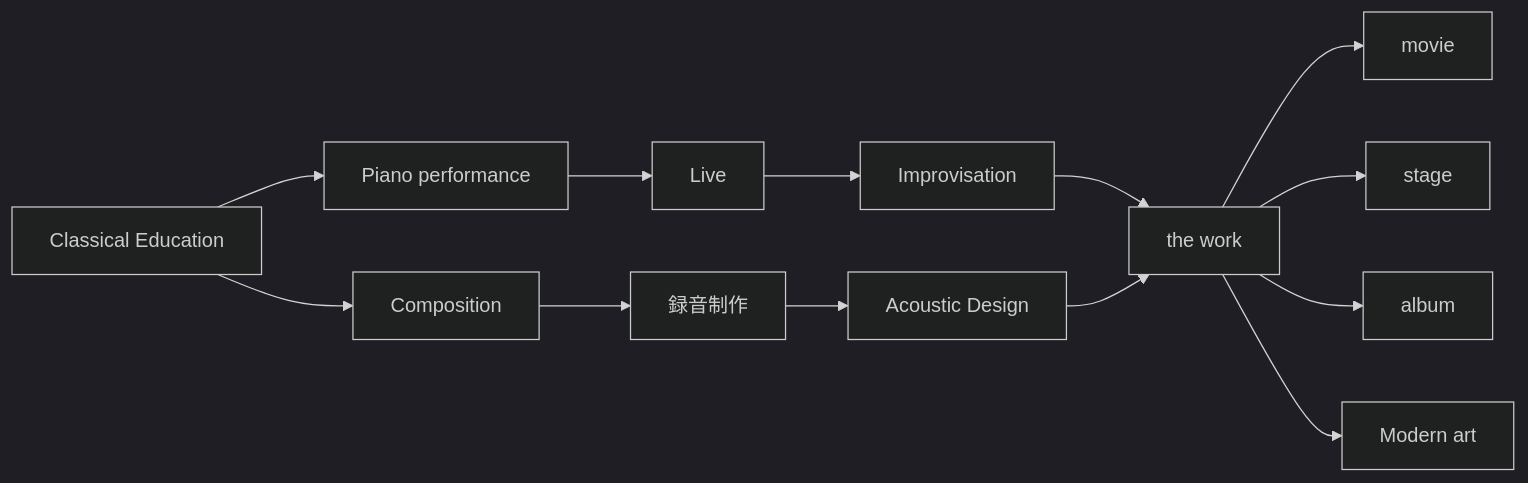
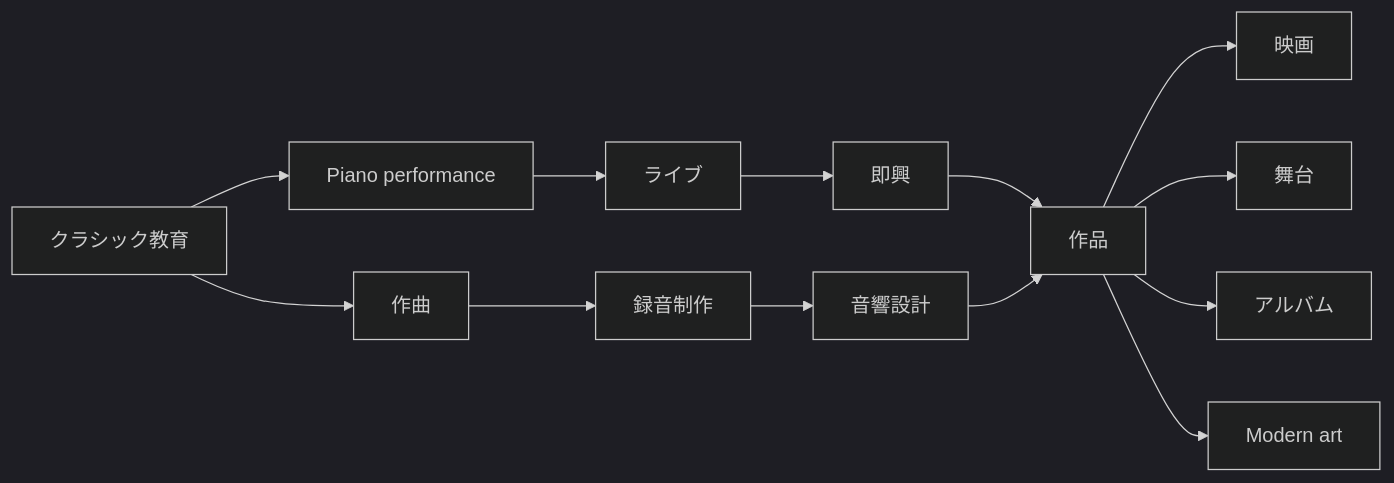
The ninth of 13 diagrams in en/_posts/2026-08-05-column-hania-rani.md (monumental-movement/monumental-movement.github.io), drawn with Mermaid (dark theme) before and after one commit. The commit also changed other lines of this file and 2196 other files, not shown here.

```diff
--- a/en/_posts/2026-08-05-column-hania-rani.md
+++ b/en/_posts/2026-08-05-column-hania-rani.md
@@ -1455,23 +1455,23 @@
 <div class="mermaid">
 graph LR
 
-A["Classical Education"]
+A["クラシック教育"]
 
 A --> B["Piano performance"]
-A --> C["Composition"]
+A --> C["作曲"]
 
-B --> D["Live"]
+B --> D["ライブ"]
 C --> E["録音制作"]
 
-D --> F["Improvisation"]
-E --> G["Acoustic Design"]
+D --> F["即興"]
+E --> G["音響設計"]
 
-F --> H["the work"]
+F --> H["作品"]
 G --> H
 
-H --> I["movie"]
-H --> J["stage"]
-H --> K["album"]
+H --> I["映画"]
+H --> J["舞台"]
+H --> K["アルバム"]
 H --> L["Modern art"]
 
 </div>
```
